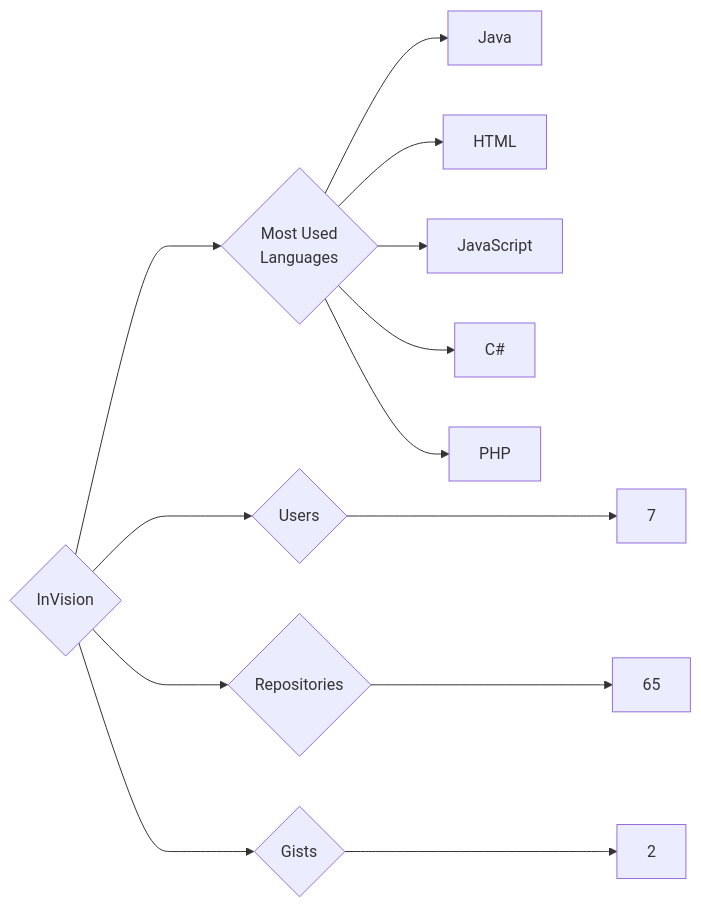
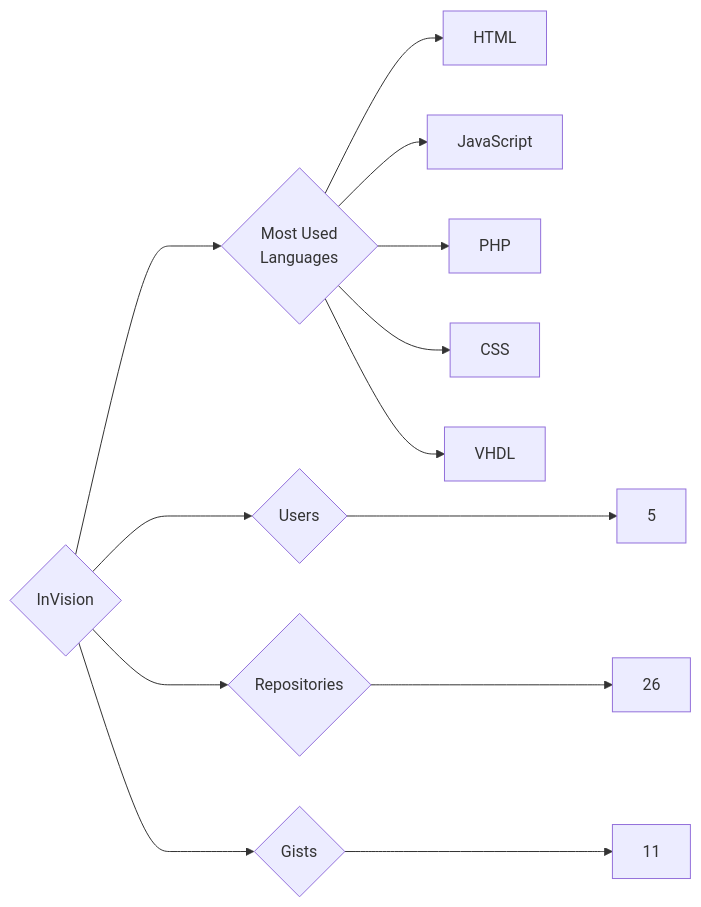
The diagram in targets/InVision/README.md (trickest/insiders), drawn with Mermaid before and after one commit. The commit also changed 1089 other files, not shown here.

````diff
--- a/targets/InVision/README.md
+++ b/targets/InVision/README.md
@@ -3,13 +3,13 @@
 ```mermaid
 graph LR
 COMPANY_NAME{InVision}
-COMPANY_NAME ---> U{Users} ---> UN[7]
-COMPANY_NAME ---> R{Repositories} ---> RN[65]
-COMPANY_NAME ---> G{Gists} ---> GN[2]
+COMPANY_NAME ---> U{Users} ---> UN[5]
+COMPANY_NAME ---> R{Repositories} ---> RN[26]
+COMPANY_NAME ---> G{Gists} ---> GN[11]
 COMPANY_NAME ---> ML{Most Used<br>Languages}
-ML --> Java[Java]
 ML --> HTML[HTML]
 ML --> JavaScript[JavaScript]
-ML --> C#[C#]
 ML --> PHP[PHP]
+ML --> CSS[CSS]
+ML --> VHDL[VHDL]
 ```
````
